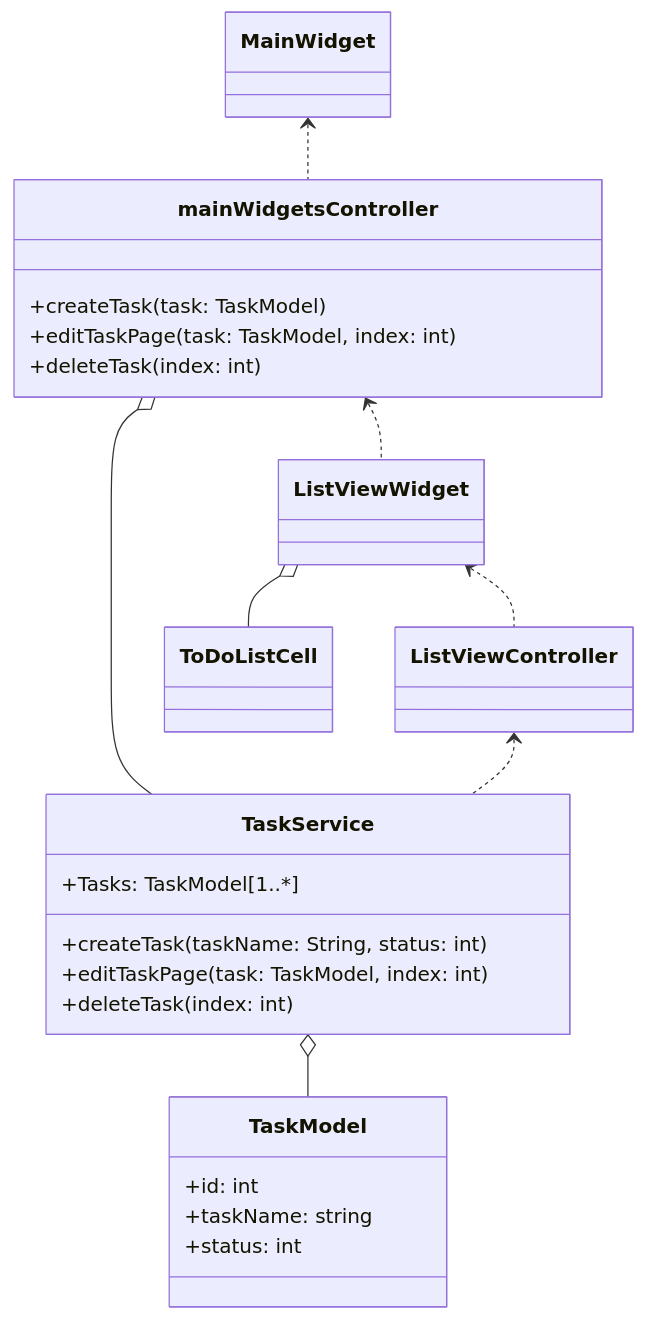
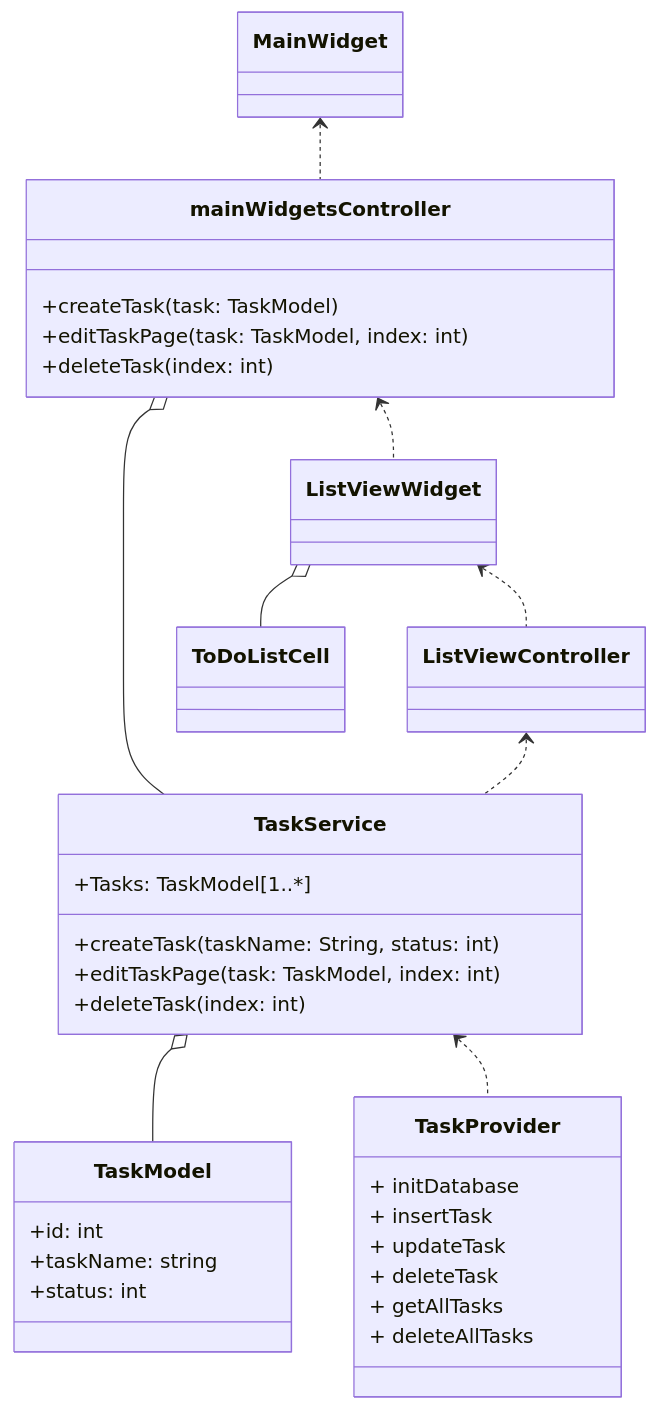
Before and after one commit to SD19767/todolist: the diagram in README.md, drawn with Mermaid. The commit also changed other lines of this file and 7 other files, not shown here.

````diff
--- a/README.md
+++ b/README.md
@@ -8,37 +13,46 @@
 ```mermaid
 classDiagram
     MainWidget <.. mainWidgetsController
     mainWidgetsController o-- TaskService
     TaskService o-- TaskModel
     mainWidgetsController <.. ListViewWidget
     ListViewWidget o-- ToDoListCell
     ListViewWidget <.. ListViewController
     ListViewController <.. TaskService
-
+    TaskService <.. TaskProvider
     class MainWidget
 
     class mainWidgetsController {
         +createTask(task: TaskModel)
         +editTaskPage(task: TaskModel, index: int)
         +deleteTask(index: int)
     }
 
     class TaskService {
         +Tasks: TaskModel[1..*]
         +createTask(taskName: String, status: int)
         +editTaskPage(task: TaskModel, index: int)
         +deleteTask(index: int)
     }
 
+    class TaskProvider {
+        + initDatabase
+        + insertTask
+        + updateTask
+        + deleteTask
+        + getAllTasks
+        + deleteAllTasks
+    }
+
     class TaskModel {
         +id: int
         +taskName: string
         +status: int
     }
 
     class ListViewWidget
 
     class ListViewController
 
     class ToDoListCell
 ```
````
